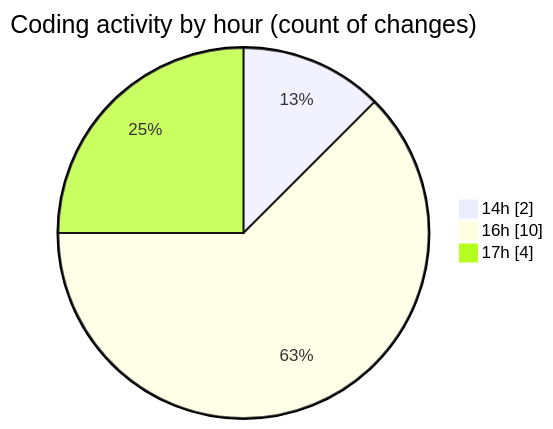
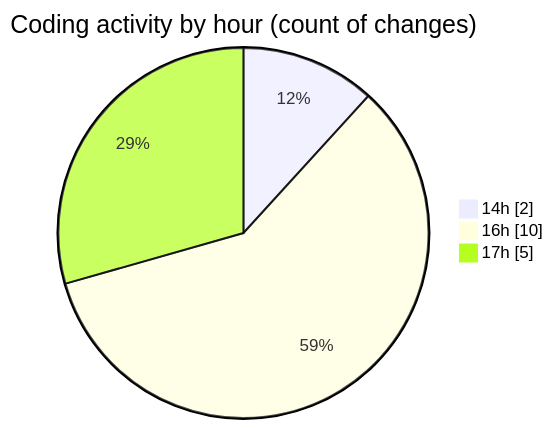
Before and after one commit to Ritupan-Deka/code-tracking: the second of 2 diagrams in 2025-06-18/scopesketch-app/README.md, drawn with Mermaid. The commit also changed other lines of this file and 1 other file, not shown here.

````diff
--- a/2025-06-18/scopesketch-app/README.md
+++ b/2025-06-18/scopesketch-app/README.md
@@ -39,7 +41,7 @@
 ```mermaid
 pie showData
 title Coding activity by hour (count of changes)
 "14h" : 2
 "16h" : 10
-"17h" : 4
+"17h" : 5
 ```
````
